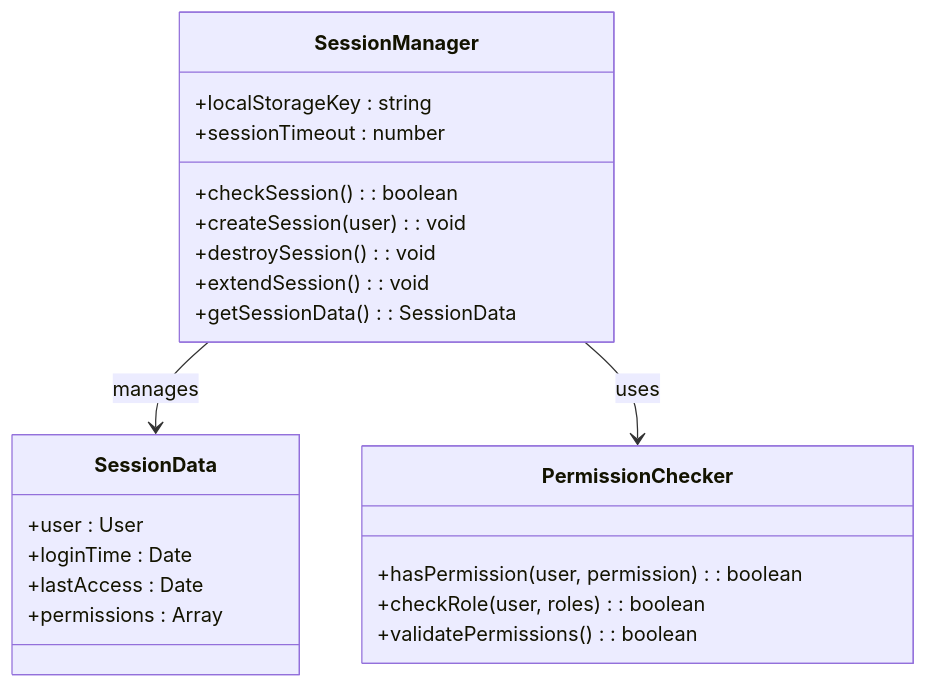
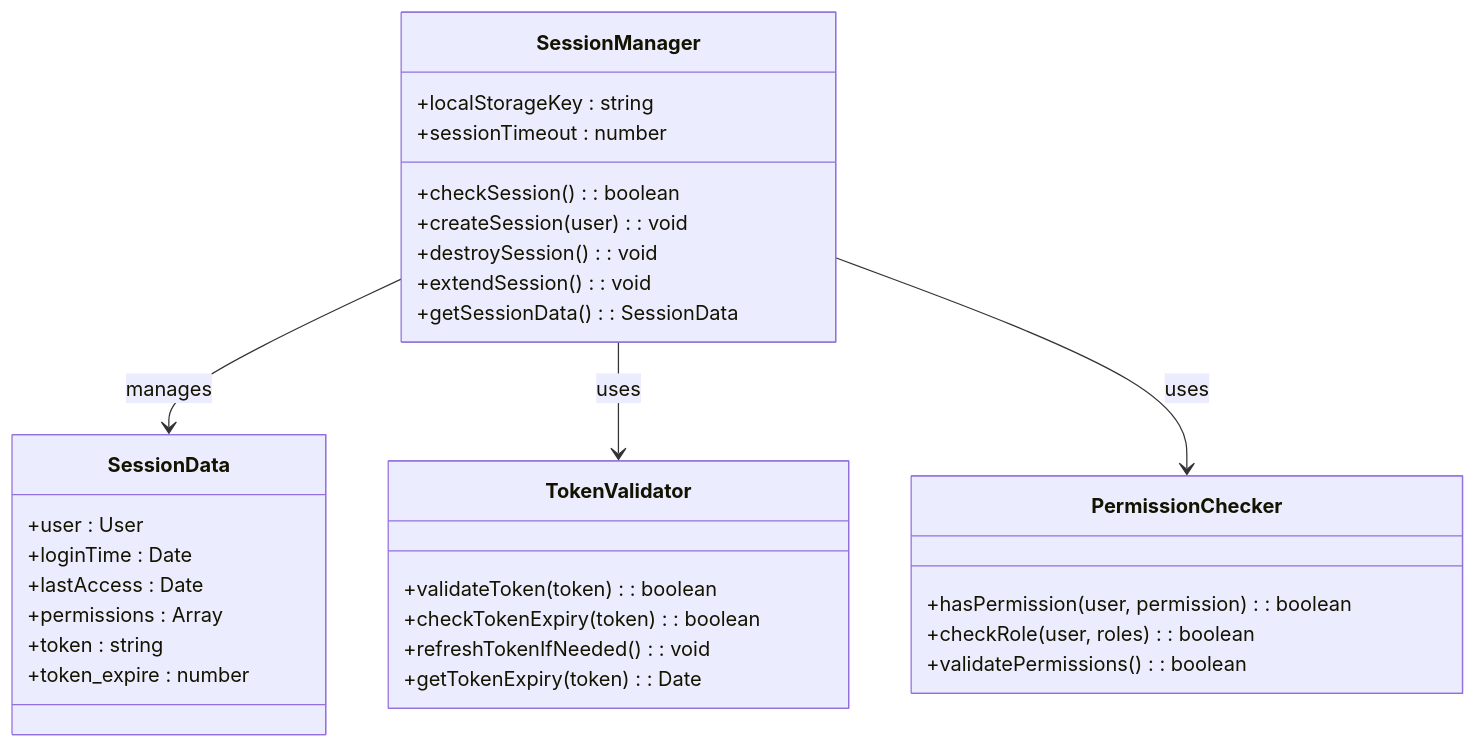
One commit to qq20739111/weilushishe-lishitai changed the seventh of 28 diagrams in .qoder/repowiki/zh/content/Web界面/JavaScript交互逻辑/用户认证系统.md. Above: the diagram before and after it, drawn with Mermaid. The commit also changed other lines of this file and 23 other files, not shown here.

````diff
--- a/.qoder/repowiki/zh/content/Web界面/JavaScript交互逻辑/用户认证系统.md
+++ b/.qoder/repowiki/zh/content/Web界面/JavaScript交互逻辑/用户认证系统.md
@@ -245,25 +314,34 @@
 ```mermaid
 classDiagram
 class SessionManager {
 +localStorageKey : string
 +sessionTimeout : number
 +checkSession() : boolean
 +createSession(user) : void
 +destroySession() : void
 +extendSession() : void
 +getSessionData() : SessionData
 }
 class SessionData {
 +user : User
 +loginTime : Date
 +lastAccess : Date
 +permissions : Array
++token : string
++token_expire : number
+}
+class TokenValidator {
++validateToken(token) : boolean
++checkTokenExpiry(token) : boolean
++refreshTokenIfNeeded() : void
++getTokenExpiry(token) : Date
 }
 class PermissionChecker {
 +hasPermission(user, permission) : boolean
 +checkRole(user, roles) : boolean
 +validatePermissions() : boolean
 }
 SessionManager --> SessionData : manages
+SessionManager --> TokenValidator : uses
 SessionManager --> PermissionChecker : uses
 ```
````
